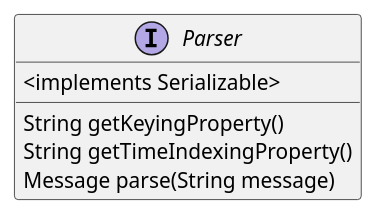
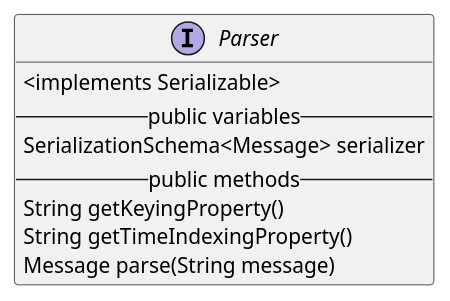
Before and after one commit to datakaveri/iudx-adaptor-framework: the diagram in docs/diagrams/Parser.puml, drawn with PlantUML. The commit also changed 4 other files, not shown here.

Commit message:
Made parser extend serialization schema

```diff
--- a/docs/diagrams/Parser.puml
+++ b/docs/diagrams/Parser.puml
@@ -1,8 +1,11 @@
 @startuml
 interface Parser  {
     <implements Serializable>
+  -- public variables --
+  SerializationSchema<Message> serializer
+  -- public methods --
   String getKeyingProperty()
   String getTimeIndexingProperty()
   Message parse(String message)
 }
 @enduml
```
